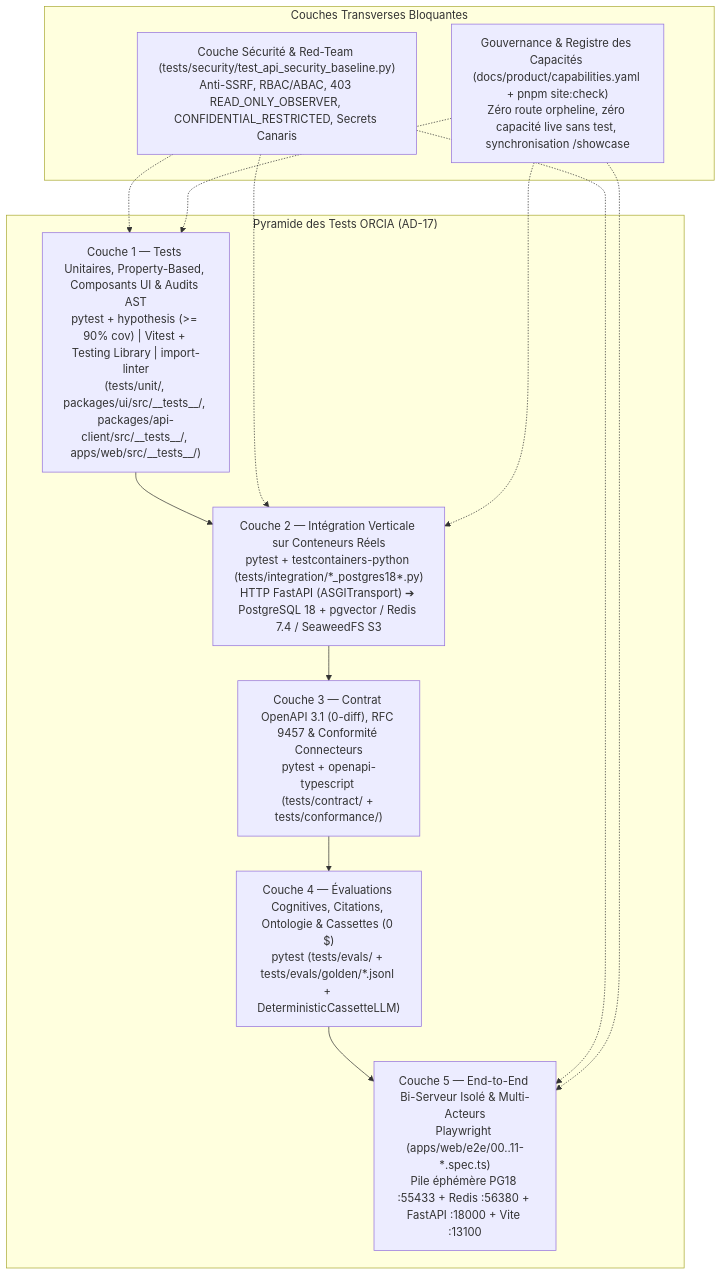
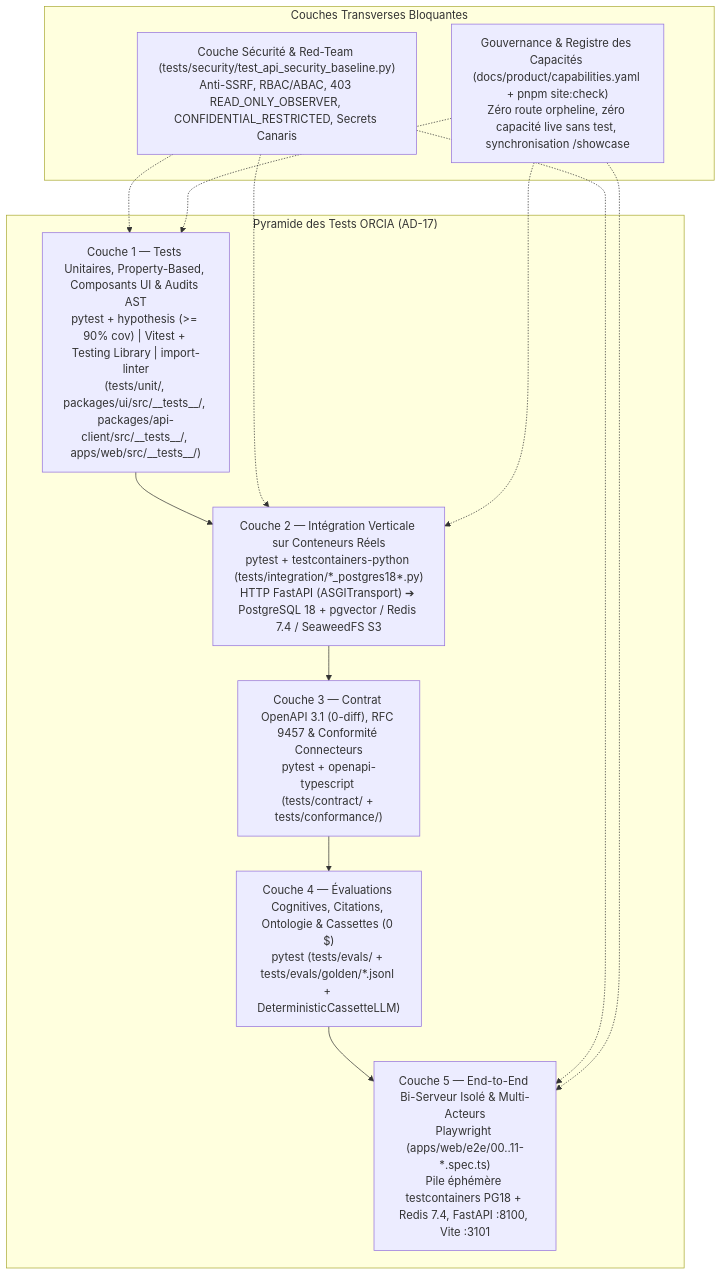
The diagram in docs/testing-strategy.md (rom1es/ORCIA), drawn with Mermaid before and after one commit. The commit also changed other lines of this file and 15 other files, not shown here.

````diff
--- a/docs/testing-strategy.md
+++ b/docs/testing-strategy.md
@@ -30,23 +30,23 @@
 ```mermaid
 flowchart TD
     subgraph Pyramide["Pyramide des Tests ORCIA (AD-17)"]
-        L5["Couche 5 — End-to-End Bi-Serveur Isolé & Multi-Acteurs\nPlaywright (apps/web/e2e/00..11-*.spec.ts)\nPile éphémère PG18 :55433 + Redis :56380 + FastAPI :18000 + Vite :13100"]
+        L5["Couche 5 — End-to-End Bi-Serveur Isolé & Multi-Acteurs\nPlaywright (apps/web/e2e/00..11-*.spec.ts)\nPile éphémère testcontainers PG18 + Redis 7.4, FastAPI :8100, Vite :3101"]
         L4["Couche 4 — Évaluations Cognitives, Citations, Ontologie & Cassettes (0 $)\npytest (tests/evals/ + tests/evals/golden/*.jsonl + DeterministicCassetteLLM)"]
         L3["Couche 3 — Contrat OpenAPI 3.1 (0-diff), RFC 9457 & Conformité Connecteurs\npytest + openapi-typescript (tests/contract/ + tests/conformance/)"]
         L2["Couche 2 — Intégration Verticale sur Conteneurs Réels\npytest + testcontainers-python (tests/integration/*_postgres18*.py)\nHTTP FastAPI (ASGITransport) ➔ PostgreSQL 18 + pgvector / Redis 7.4 / SeaweedFS S3"]
         L1["Couche 1 — Tests Unitaires, Property-Based, Composants UI & Audits AST\npytest + hypothesis (>= 90% cov) | Vitest + Testing Library | import-linter\n(tests/unit/, packages/ui/src/__tests__/, packages/api-client/src/__tests__/, apps/web/src/__tests__/)"]
     end
 
     subgraph Transverse["Couches Transverses Bloquantes"]
         SEC["Couche Sécurité & Red-Team (tests/security/test_api_security_baseline.py)\nAnti-SSRF, RBAC/ABAC, 403 READ_ONLY_OBSERVER, CONFIDENTIAL_RESTRICTED, Secrets Canaris"]
         REG["Gouvernance & Registre des Capacités (docs/product/capabilities.yaml + pnpm site:check)\nZéro route orpheline, zéro capacité live sans test, synchronisation /showcase"]
     end
 
     L1 --> L2 --> L3 --> L4 --> L5
     SEC -.-> L1
     SEC -.-> L2
     SEC -.-> L5
     REG -.-> L1
     REG -.-> L2
     REG -.-> L5
 ```
````
